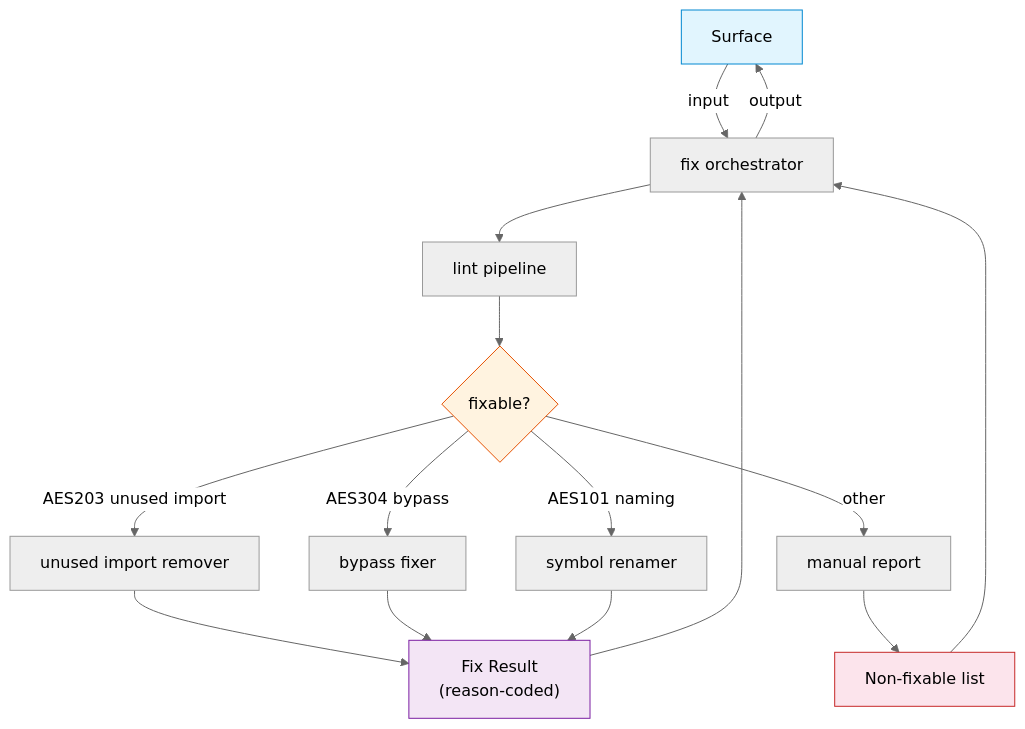
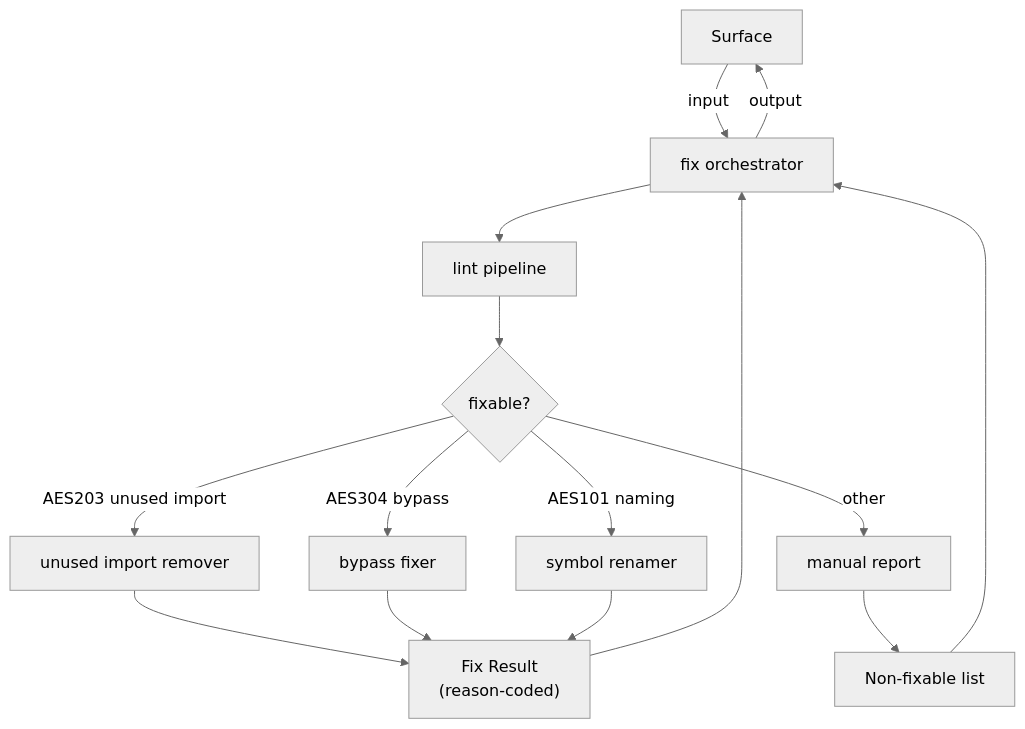
The diagram in crates/auto-fix/FRD.md (rakaarwaky/lint-arwaky), drawn with Mermaid (neutral theme) before and after one commit. The commit also changed 19 other files, not shown here.

````diff
--- a/crates/auto-fix/FRD.md
+++ b/crates/auto-fix/FRD.md
@@ -32,25 +32,21 @@
 ```mermaid
 flowchart TD
     A["Surface"] -->|input| B["fix orchestrator"]
     B --> C["lint pipeline"]
     C --> D{"fixable?"}
 
     D -->|"AES203 unused import"| E["unused import remover"]
     D -->|"AES304 bypass"| F["bypass fixer"]
     D -->|"AES101 naming"| G["symbol renamer"]
     D -->|"other"| H["manual report"]
 
     E --> I["Fix Result\n(reason-coded)"]
     F --> I
     G --> I
     H --> J["Non-fixable list"]
 
     I --> B
     J --> B
     B -->|output| A
 
-    style A fill:#e1f5fe,stroke:#0288d1
-    style D fill:#fff3e0,stroke:#e65100
-    style I fill:#f3e5f5,stroke:#7b1fa2
-    style J fill:#fce4ec,stroke:#c62828
 ```
````
